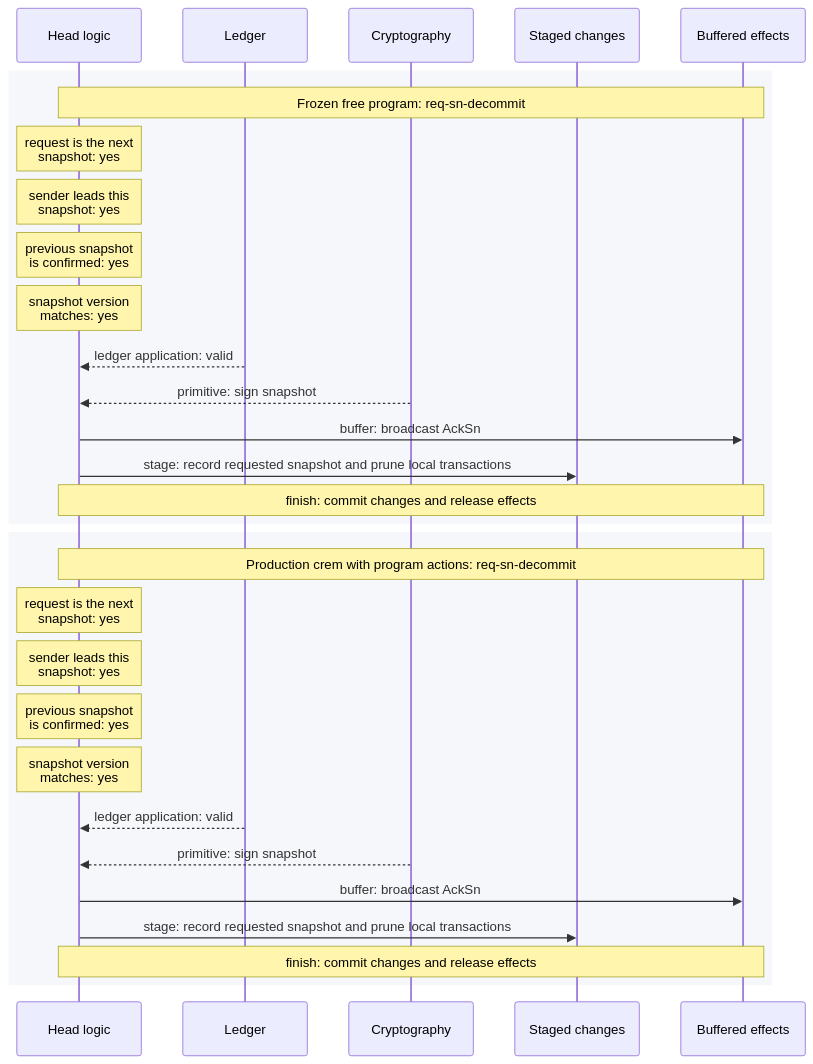
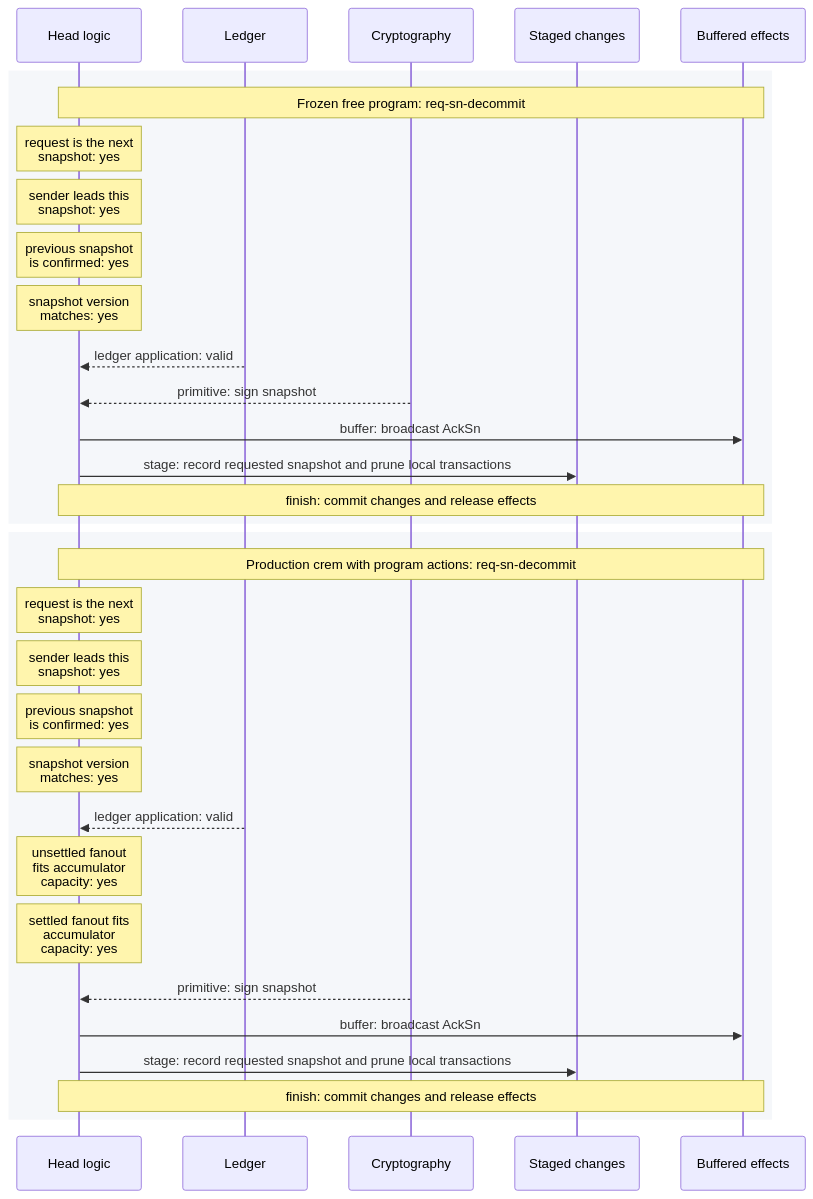
The diagram in docs/docs/dev/architecture/head-logic-experiments/workflows/req-sn-decommit.mmd (cardano-scaling/hydra), drawn with Mermaid before and after one commit. The commit also changed 54 other files, not shown here.

```diff
--- a/docs/docs/dev/architecture/head-logic-experiments/workflows/req-sn-decommit.mmd
+++ b/docs/docs/dev/architecture/head-logic-experiments/workflows/req-sn-decommit.mmd
@@ -1,31 +1,33 @@
 %%{init: {"sequence": {"wrap": true}}}%%
 sequenceDiagram
   participant logic as Head logic
   participant ledger as Ledger
   participant crypto as Cryptography
   participant changes as Staged changes
   participant effects as Buffered effects
   rect rgb(245, 247, 250)
     Note over logic,effects: Frozen free program: req-sn-decommit
     Note over logic: request is the next snapshot: yes
     Note over logic: sender leads this snapshot: yes
     Note over logic: previous snapshot is confirmed: yes
     Note over logic: snapshot version matches: yes
     ledger-->>logic: ledger application: valid
     crypto-->>logic: primitive: sign snapshot
     logic->>effects: buffer: broadcast AckSn
     logic->>changes: stage: record requested snapshot and prune local transactions
     Note over logic,effects: finish: commit changes and release effects
   end
   rect rgb(245, 247, 250)
     Note over logic,effects: Production crem with program actions: req-sn-decommit
     Note over logic: request is the next snapshot: yes
     Note over logic: sender leads this snapshot: yes
     Note over logic: previous snapshot is confirmed: yes
     Note over logic: snapshot version matches: yes
     ledger-->>logic: ledger application: valid
+    Note over logic: unsettled fanout fits accumulator capacity: yes
+    Note over logic: settled fanout fits accumulator capacity: yes
     crypto-->>logic: primitive: sign snapshot
     logic->>effects: buffer: broadcast AckSn
     logic->>changes: stage: record requested snapshot and prune local transactions
     Note over logic,effects: finish: commit changes and release effects
   end
```
